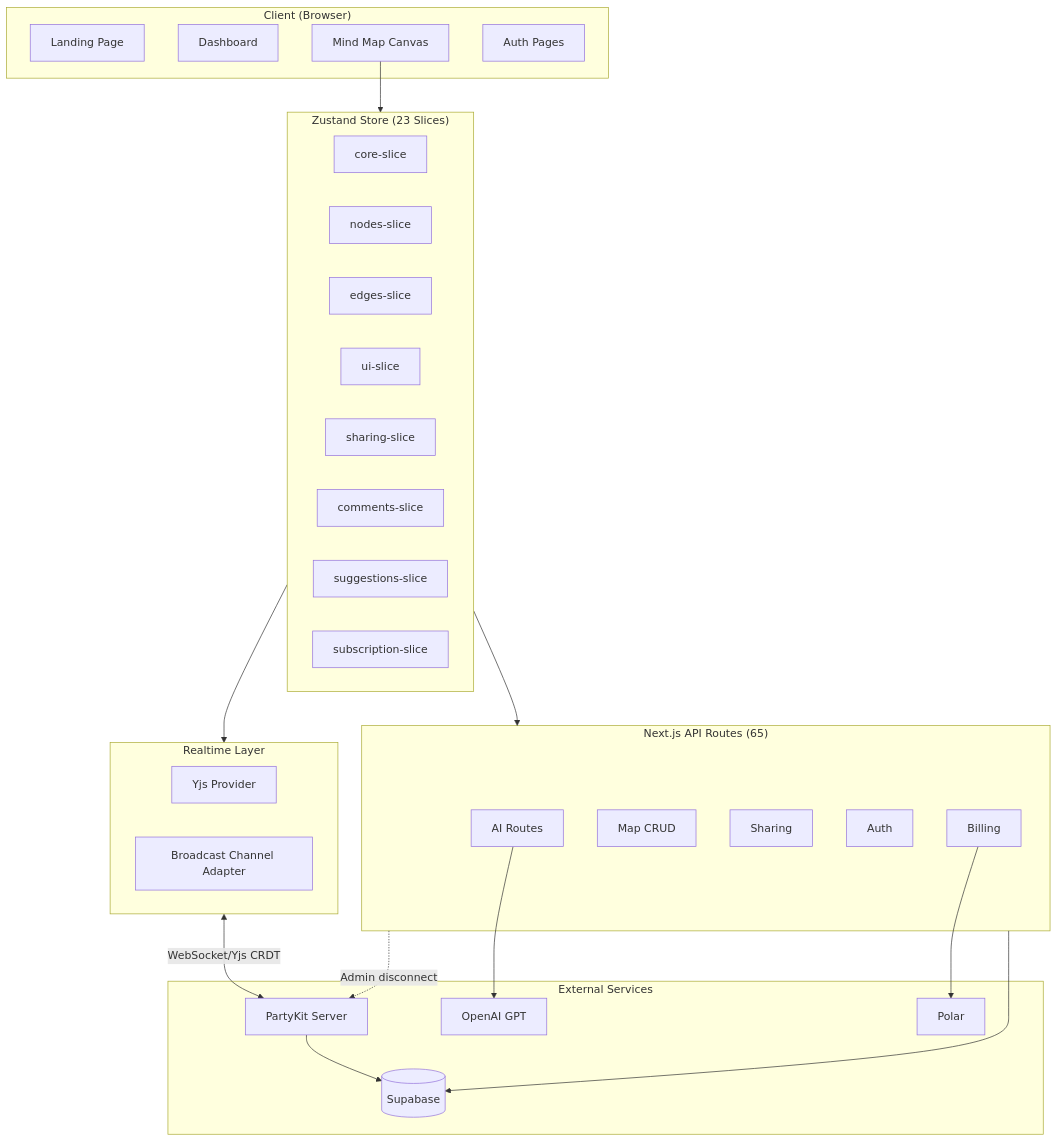
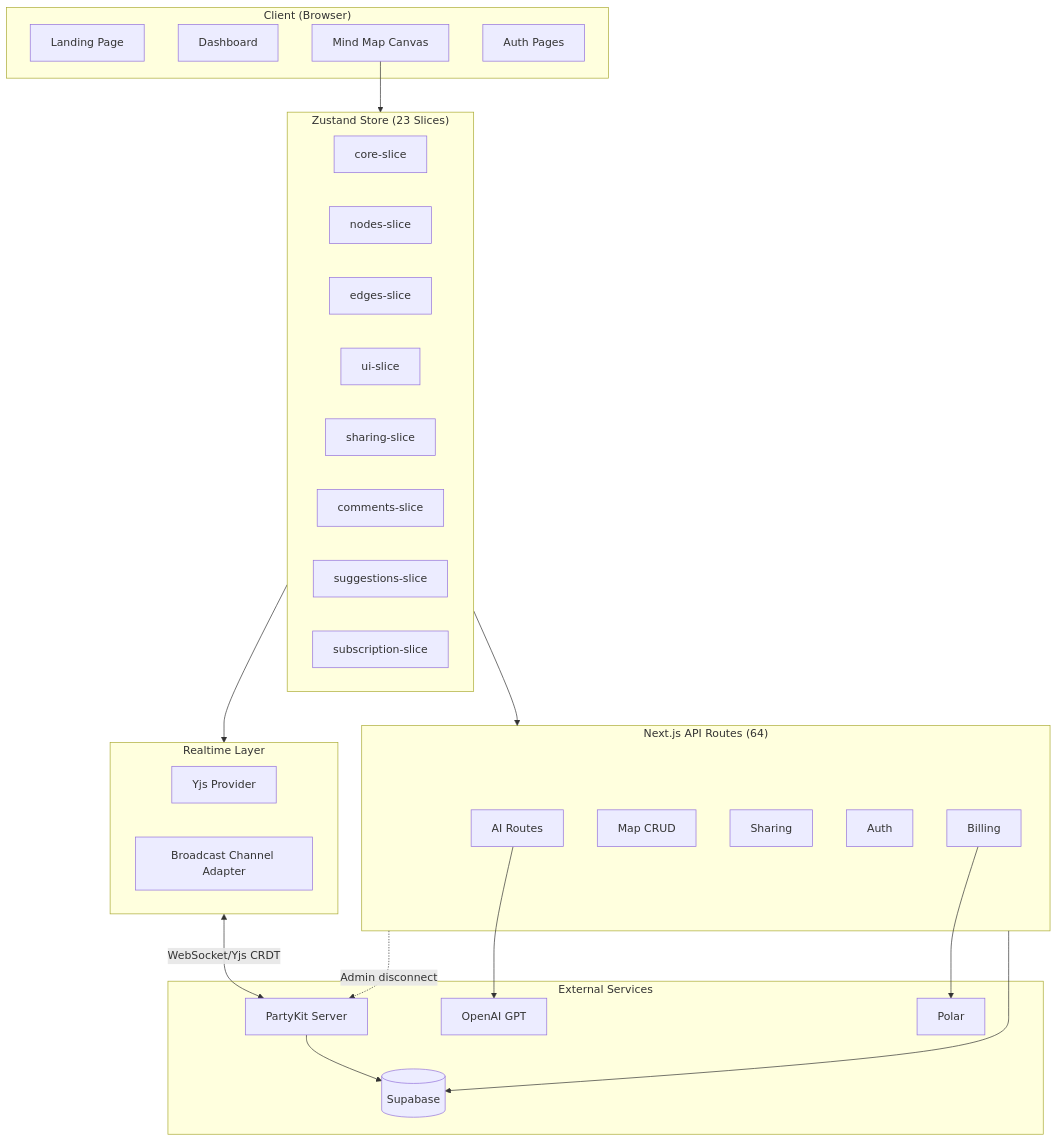
The first of 6 diagrams in docs/CODEBASE_MAP.md (kudziajaroslaw98/moistus-ai), drawn with Mermaid before and after one commit. The commit also changed other lines of this file and 30 other files, not shown here.

````diff
--- a/docs/CODEBASE_MAP.md
+++ b/docs/CODEBASE_MAP.md
@@ -86,50 +86,50 @@
 ```mermaid
 graph TB
     subgraph Client["Client (Browser)"]
         Landing[Landing Page]
         Dashboard[Dashboard]
         Canvas[Mind Map Canvas]
         Auth[Auth Pages]
     end
 
     subgraph State["Zustand Store (23 Slices)"]
         Core[core-slice]
         Nodes[nodes-slice]
         Edges[edges-slice]
         UI[ui-slice]
         Sharing[sharing-slice]
         Comments[comments-slice]
         AI[suggestions-slice]
         Subs[subscription-slice]
     end
 
     subgraph Realtime["Realtime Layer"]
         YjsProvider[Yjs Provider]
         BroadcastAdapter[Broadcast Channel Adapter]
     end
 
-    subgraph API["Next.js API Routes (65)"]
+    subgraph API["Next.js API Routes (64)"]
         AIRoutes[AI Routes]
         MapRoutes[Map CRUD]
         ShareRoutes[Sharing]
         AuthRoutes[Auth]
         BillingRoutes[Billing]
     end
 
     subgraph External["External Services"]
         Supabase[(Supabase)]
         PartyKit[PartyKit Server]
         OpenAI[OpenAI GPT]
         Polar[Polar]
     end
 
     Canvas --> State
     State --> Realtime
     Realtime <-->|WebSocket/Yjs CRDT| PartyKit
     PartyKit --> Supabase
     State --> API
     API --> Supabase
     AIRoutes --> OpenAI
     BillingRoutes --> Polar
     API -.->|Admin disconnect| PartyKit
 ```
````
